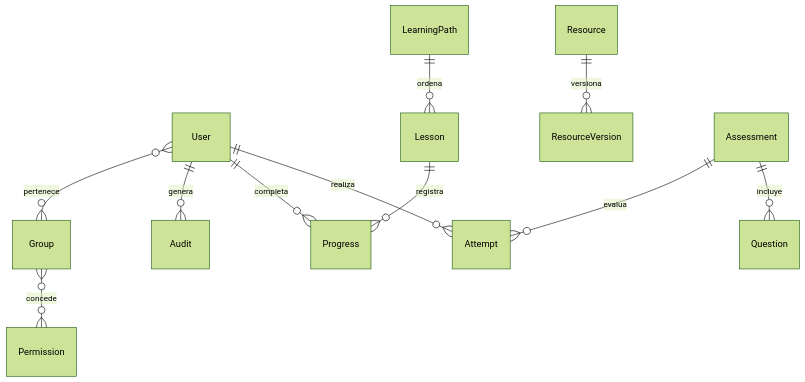
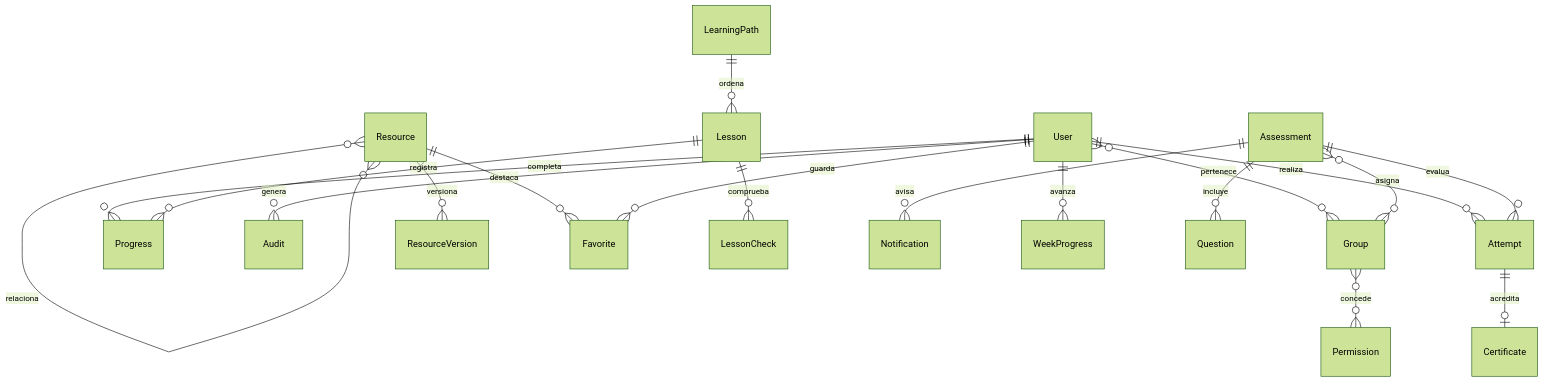
The diagram in ARQUITECTURA.md (calhidalgo-git/CICC), drawn with Mermaid (forest theme) before and after one commit. The commit also changed other lines of this file and 107 other files, not shown here.

````diff
--- a/ARQUITECTURA.md
+++ b/ARQUITECTURA.md
@@ -7,13 +7,21 @@
 ```mermaid
 erDiagram
  User ||--o{ Attempt : realiza
  User ||--o{ Progress : completa
  User ||--o{ Audit : genera
  User }o--o{ Group : pertenece
  Group }o--o{ Permission : concede
  Resource ||--o{ ResourceVersion : versiona
+ Resource ||--o{ Favorite : destaca
+ Attempt ||--o| Certificate : acredita
+ Lesson ||--o{ LessonCheck : comprueba
+ Assessment ||--o{ Notification : avisa
+ Resource }o--o{ Resource : relaciona
+ Assessment }o--o{ Group : asigna
+ User ||--o{ WeekProgress : avanza
+ User ||--o{ Favorite : guarda
  LearningPath ||--o{ Lesson : ordena
  Lesson ||--o{ Progress : registra
  Assessment ||--o{ Question : incluye
  Assessment ||--o{ Attempt : evalua
 ```
````
